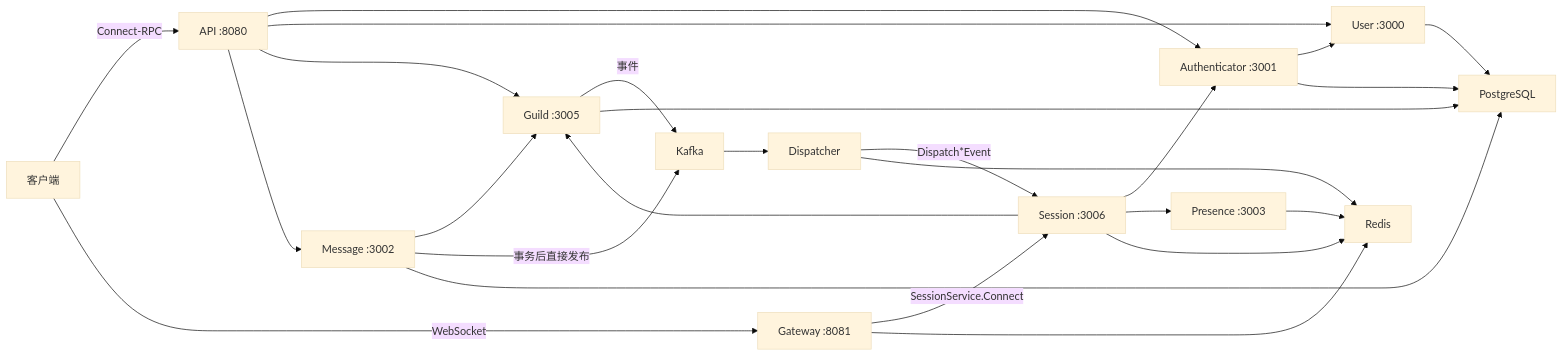
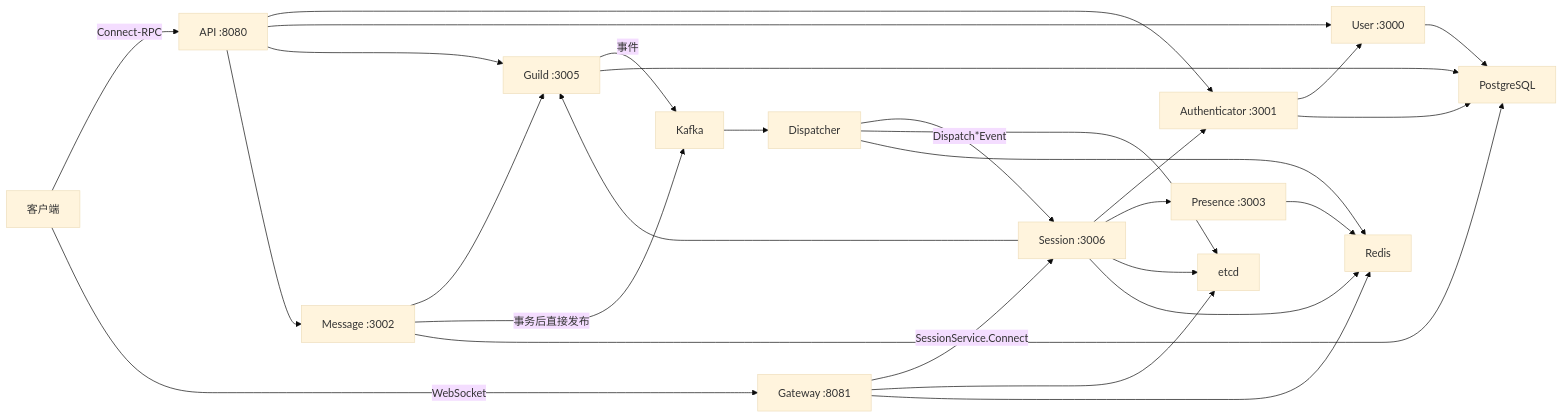
The diagram in docs/zh-CN/overview.md (soasurs/cordis), drawn with Mermaid (base theme) before and after one commit. The commit also changed other lines of this file and 40 other files, not shown here.

First line of the commit message:
feat(realtime): migrate session discovery to etcd

````diff
--- a/docs/zh-CN/overview.md
+++ b/docs/zh-CN/overview.md
@@ -7,27 +7,30 @@
 ```mermaid
 flowchart LR
     Client["客户端"] -->|Connect-RPC| API["API :8080"]
     Client -->|WebSocket| Gateway["Gateway :8081"]
     API --> Auth["Authenticator :3001"]
     API --> User["User :3000"]
     API --> Guild["Guild :3005"]
     API --> Message["Message :3002"]
     Auth --> User
     Message --> Guild
     Gateway -->|SessionService.Connect| Session["Session :3006"]
     Session --> Auth
     Session --> Guild
     Session --> Presence["Presence :3003"]
     Guild -->|事件| Kafka["Kafka"]
     Message -->|事务后直接发布| Kafka
     Kafka --> Dispatcher["Dispatcher"]
     Dispatcher -->|Dispatch*Event| Session
+    Gateway --> etcd["etcd"]
+    Session --> etcd
+    Dispatcher --> etcd
     Gateway --> Redis["Redis"]
     Session --> Redis
     Dispatcher --> Redis
     Presence --> Redis
     User --> Postgres["PostgreSQL"]
     Auth --> Postgres
     Guild --> Postgres
     Message --> Postgres
 ```
````
